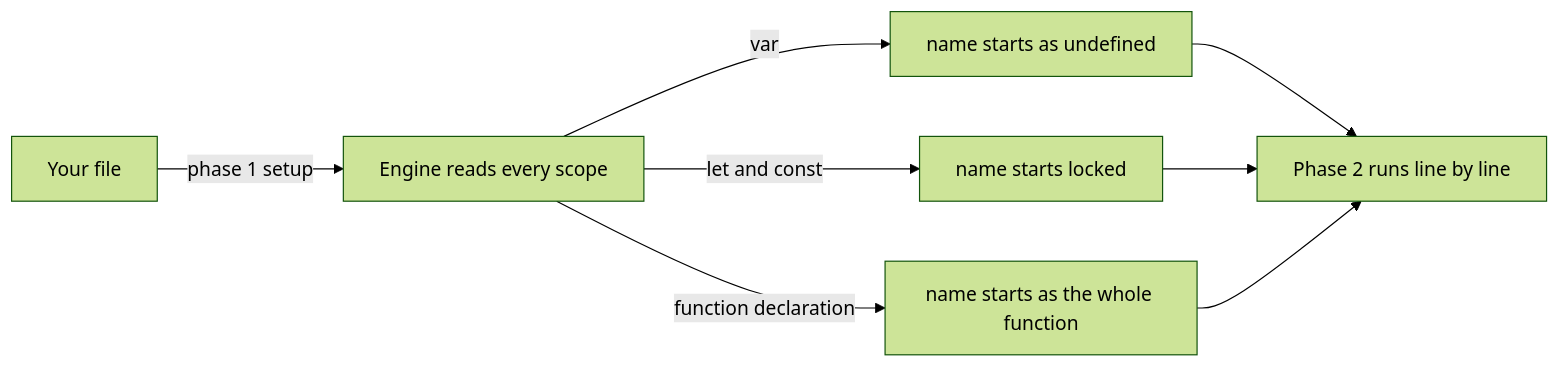
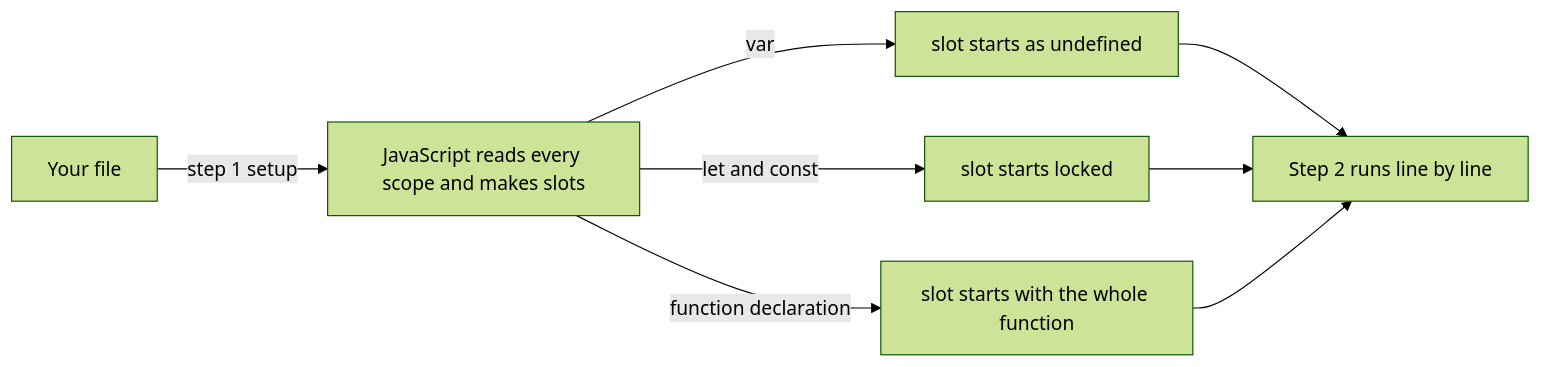
One commit to starjustice/research-material changed the first of 6 diagrams in learn/javascript/01-variables-scope-and-hoisting.md. Above: the diagram before and after it, drawn with Mermaid (forest theme). The commit also changed other lines of this file and 10 other files, not shown here.

First line of the commit message:
Rewrite JavaScript lessons 01, 05, 09 and 11 in simpler words

````diff
--- a/learn/javascript/01-variables-scope-and-hoisting.md
+++ b/learn/javascript/01-variables-scope-and-hoisting.md
@@ -24,10 +26,10 @@
 ```mermaid
 graph LR
-    A["Your file"] -->|phase 1 setup| B["Engine reads every scope"]
-    B -->|var| C["name starts as undefined"]
-    B -->|let and const| D["name starts locked"]
-    B -->|function declaration| E["name starts as the whole function"]
-    C --> F["Phase 2 runs line by line"]
+    A["Your file"] -->|step 1 setup| B["JavaScript reads every scope and makes slots"]
+    B -->|var| C["slot starts as undefined"]
+    B -->|let and const| D["slot starts locked"]
+    B -->|function declaration| E["slot starts with the whole function"]
+    C --> F["Step 2 runs line by line"]
     D --> F
     E --> F
 ```
````
